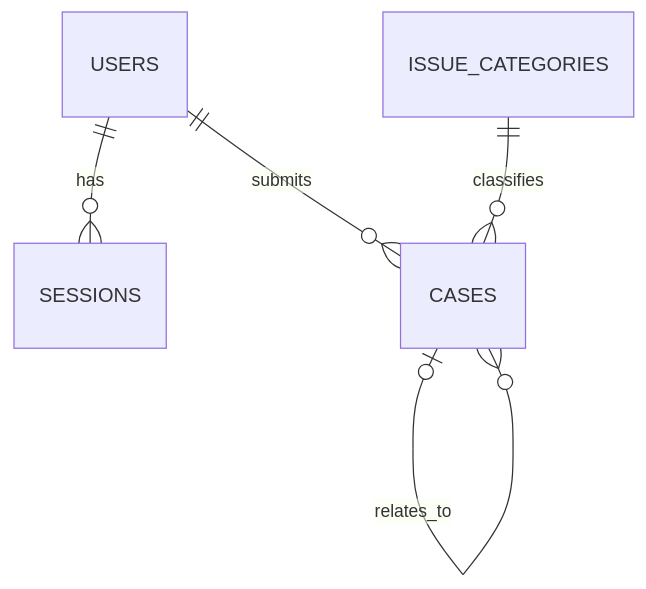
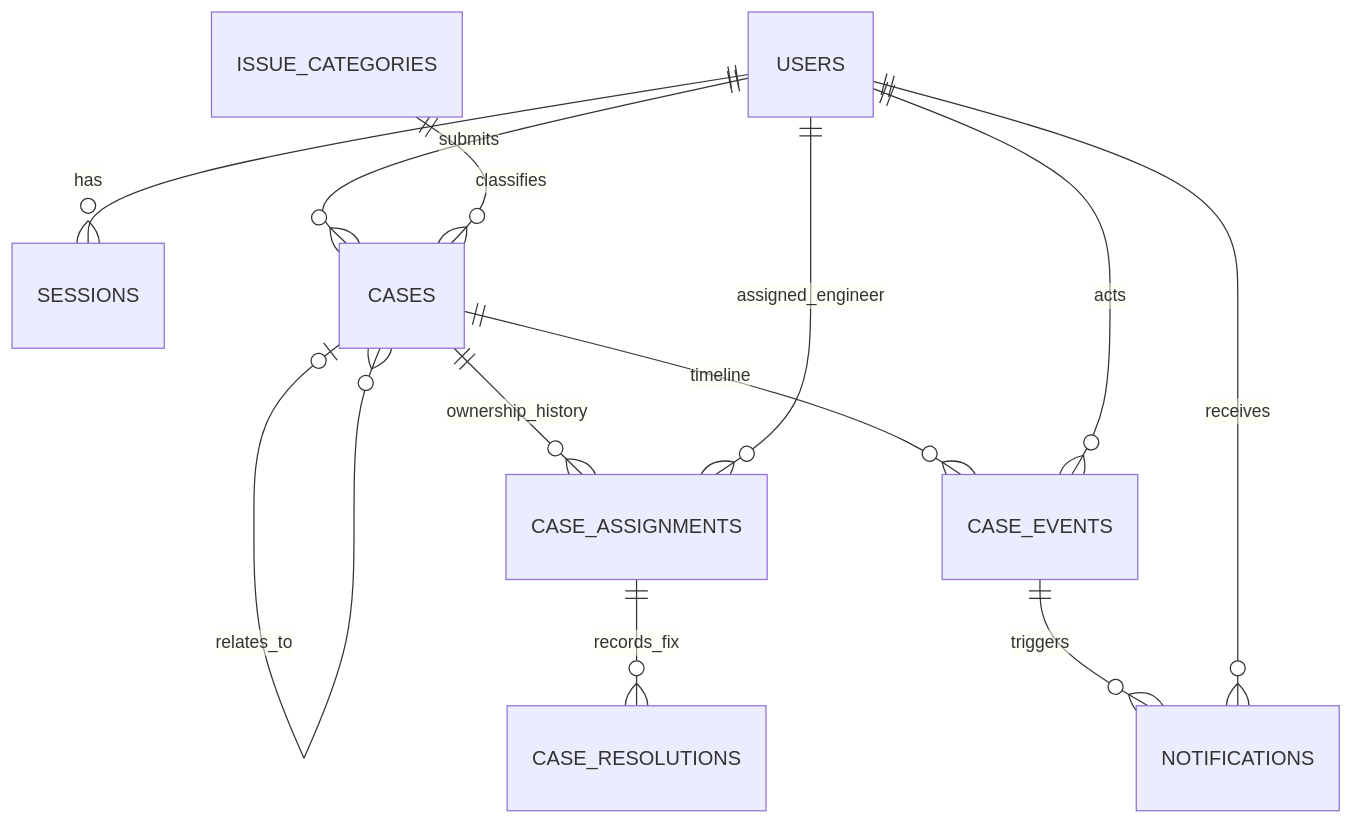
One commit to Aishagojo/Amni changed the diagram in amni/backend/README.md. Above: the diagram before and after it, drawn with Mermaid. The commit also changed other lines of this file and 2 other files, not shown here.

Commit message:
docs(database): explain case workflows and migration operations

````diff
--- a/amni/backend/README.md
+++ b/amni/backend/README.md
@@ -55,7 +62,14 @@
 ```mermaid
 erDiagram
     USERS ||--o{ SESSIONS : has
     USERS ||--o{ CASES : submits
     ISSUE_CATEGORIES ||--o{ CASES : classifies
     CASES o|--o{ CASES : relates_to
+    CASES ||--o{ CASE_ASSIGNMENTS : ownership_history
+    USERS ||--o{ CASE_ASSIGNMENTS : assigned_engineer
+    CASE_ASSIGNMENTS ||--o{ CASE_RESOLUTIONS : records_fix
+    CASES ||--o{ CASE_EVENTS : timeline
+    USERS ||--o{ CASE_EVENTS : acts
+    CASE_EVENTS ||--o{ NOTIFICATIONS : triggers
+    USERS ||--o{ NOTIFICATIONS : receives
 ```
````
